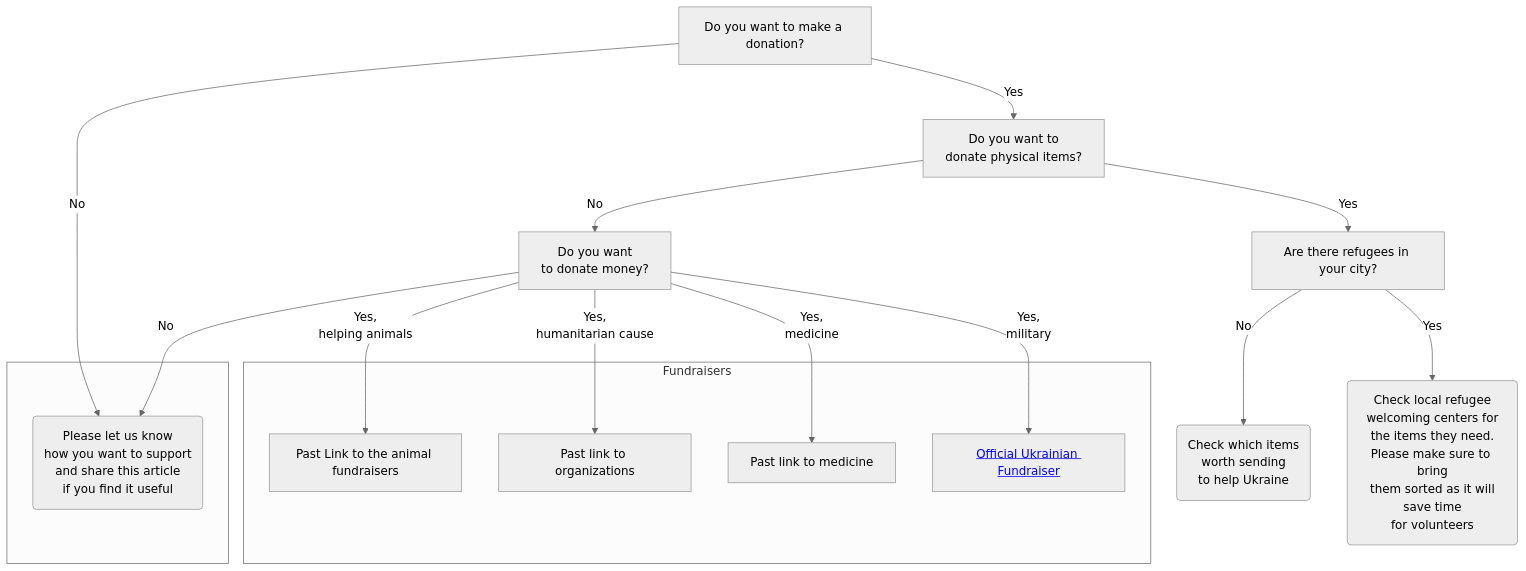
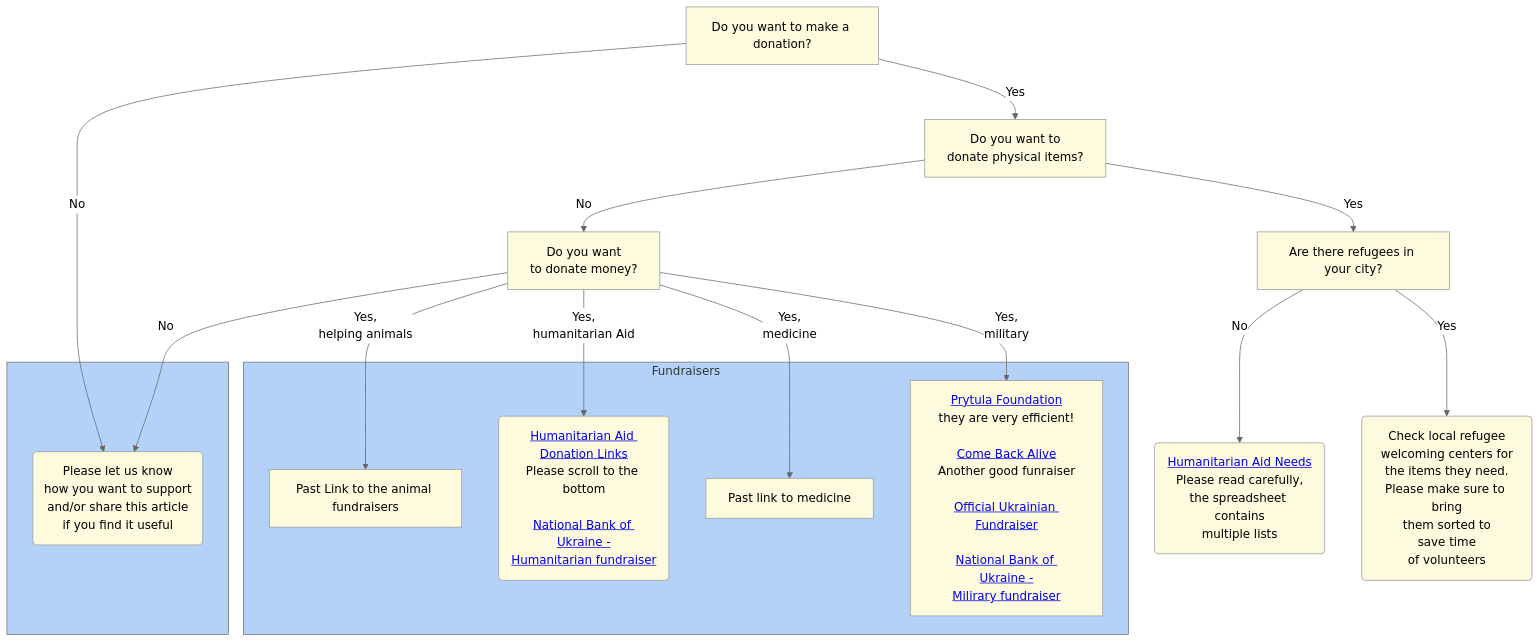
Before and after one commit to o-levchenko/publications: the second of 2 diagrams in volunteer_chart/volunteer.md, drawn with Mermaid. The commit also changed other lines of this file, not shown here.

Commit message:
Added links

````diff
--- a/volunteer_chart/volunteer.md
+++ b/volunteer_chart/volunteer.md
@@ -33,25 +48,40 @@
 ```mermaid
-%%{init: {'theme':'neutral'}}%%
+%%{init: {'theme':'neutral', 'themeVariables': { 
+'clusterBkg': '#b4d2f8', 
+'mainBkg': '#fdfade'
+}}}%%
 flowchart TD;
-    B[Do you want to make a donation?] -->|No| E(Please let us know<br/>how you want to support<br/>and share this article<br/>if you find it useful)
-    B -->|Yes| C[Do you want to<br/>donate physical items?]
-    C -->|No| D[Do you want<br/>to donate money?]
+    B[Do you want to make a donation?]
+    E(Please let us know<br/>how you want to support<br/>and/or share this article<br/>if you find it useful)
+    C[Do you want to<br/>donate physical items?]
+    D[Do you want<br/>to donate money?]
+    F[Past Link to the animal fundraisers]
+    G(<a href='https://aid.prytulafoundation.org/en/'>Humanitarian Aid Donation Links</a><br/>Please scroll to the bottom<br/><br/><a href='https://bank.gov.ua/en/about/humanitarian-aid-to-ukraine'>National Bank of Ukraine -<br/>Humanitarian fundraiser</a>)
+    H[Past link to medicine]
+    I[<a href='https://prytulafoundation.org/en/home/support_page'>Prytula Foundation</a><br/>they are very efficient!<br/><br/><a href='https://www.comebackalive.in.ua/donate'>Come Back Alive</a><br/>Another good funraiser<br/><br/><a href='https://u24.gov.ua/'>Official Ukrainian Fundraiser</a><br/><br/><a href='https://bank.gov.ua/en/about/support-the-armed-forces'>National Bank of Ukraine -<br/>Milirary fundraiser</a>]
+    J[Are there refugees in your city?]
+    K(<a href='https://aid.prytulafoundation.org/en/'>Humanitarian Aid Needs</a><br/>Please read carefully,<br/>the spreadsheet contains<br/>multiple lists)
+    L(Check local refugee<br/>welcoming centers for<br/>the items they need.<br/>Please make sure to bring<br/>them sorted to<br/>save time<br/>of volunteers)
+    B -->|No| E
+    B -->|Yes| C
+    C -->|No| D
     D -->|No| E
-    D -->|Yes,<br/>helping animals| F[Past Link to the animal fundraisers]
-    D -->|Yes,<br/>humanitarian cause| G[Past link to organizations]
-    D -->|Yes,<br/>medicine| H[Past link to medicine]
-    D -->|Yes,<br/>military| I[<a href='https://u24.gov.ua/'>Official Ukrainian Fundraiser</a>]
-    C -->|Yes| J[Are there refugees in your city?]
-    J -->|No| K(Check which items<br/>worth sending<br/>to help Ukraine)
-    J -->|Yes| L(Check local refugee<br/>welcoming centers for<br/>the items they need.<br/>Please make sure to bring<br/>them sorted as it will<br/>save time<br/>for volunteers)
+    D -->|Yes,<br/>helping animals| F
+    D -->|Yes,<br/>humanitarian Aid| G
+    D -->|Yes,<br/>medicine| H
+    D -->|Yes,<br/>military| I
+    C -->|Yes| J
+    J -->|No| K
+    J -->|Yes| L
+    
     subgraph Fundraisers
         F
         G
         H
         I
     end
     
     subgraph  
         E
     end
 ```
````
